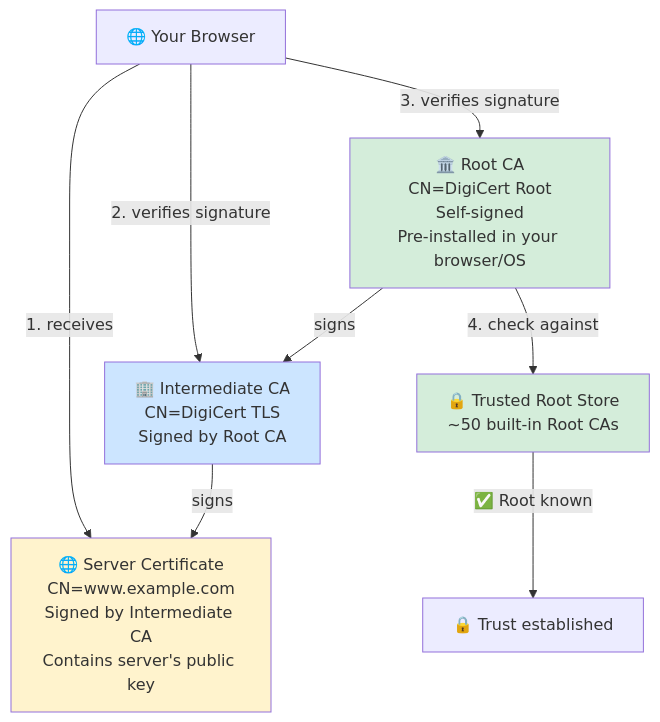
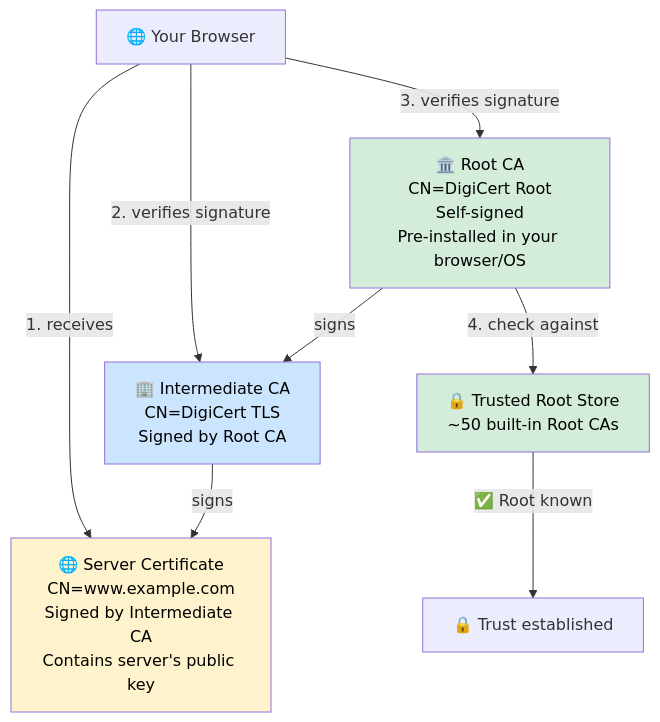
One commit to csoares/SecurityJava changed diagram 14 of 19 in README.md. Above: the diagram before and after it, drawn with Mermaid. The commit also changed other lines of this file, not shown here.

Commit message:
Add explicit text color to all Mermaid node style declarations All fill-colored nodes now have color:#000000 set explicitly, ensuring readable text contrast regardless of GitHub's theme.

````diff
--- a/README.md
+++ b/README.md
@@ -444,24 +444,24 @@
 ```mermaid
 flowchart TD
     ROOT["🏛️ Root CA<br/>CN=DigiCert Root<br/>Self-signed<br/>Pre-installed in your browser/OS"]
     INT["🏢 Intermediate CA<br/>CN=DigiCert TLS<br/>Signed by Root CA"]
     SERVER["🌐 Server Certificate<br/>CN=www.example.com<br/>Signed by Intermediate CA<br/>Contains server's public key"]
 
     ROOT -->|"signs"| INT
     INT -->|"signs"| SERVER
 
     BROWSER["🌐 Your Browser"]
     TRUST["🔒 Trusted Root Store<br/>~50 built-in Root CAs"]
     OK["🔒 Trust established"]
 
     BROWSER -->|"1. receives"| SERVER
     BROWSER -->|"2. verifies signature"| INT
     BROWSER -->|"3. verifies signature"| ROOT
     ROOT -->|"4. check against"| TRUST
     TRUST -->|"✅ Root known"| OK
 
-    style ROOT fill:#d4edda
-    style INT fill:#cce5ff
-    style SERVER fill:#fff3cd
-    style TRUST fill:#d4edda
+    style ROOT fill:#d4edda,color:#000000
+    style INT fill:#cce5ff,color:#000000
+    style SERVER fill:#fff3cd,color:#000000
+    style TRUST fill:#d4edda,color:#000000
 ```
````
